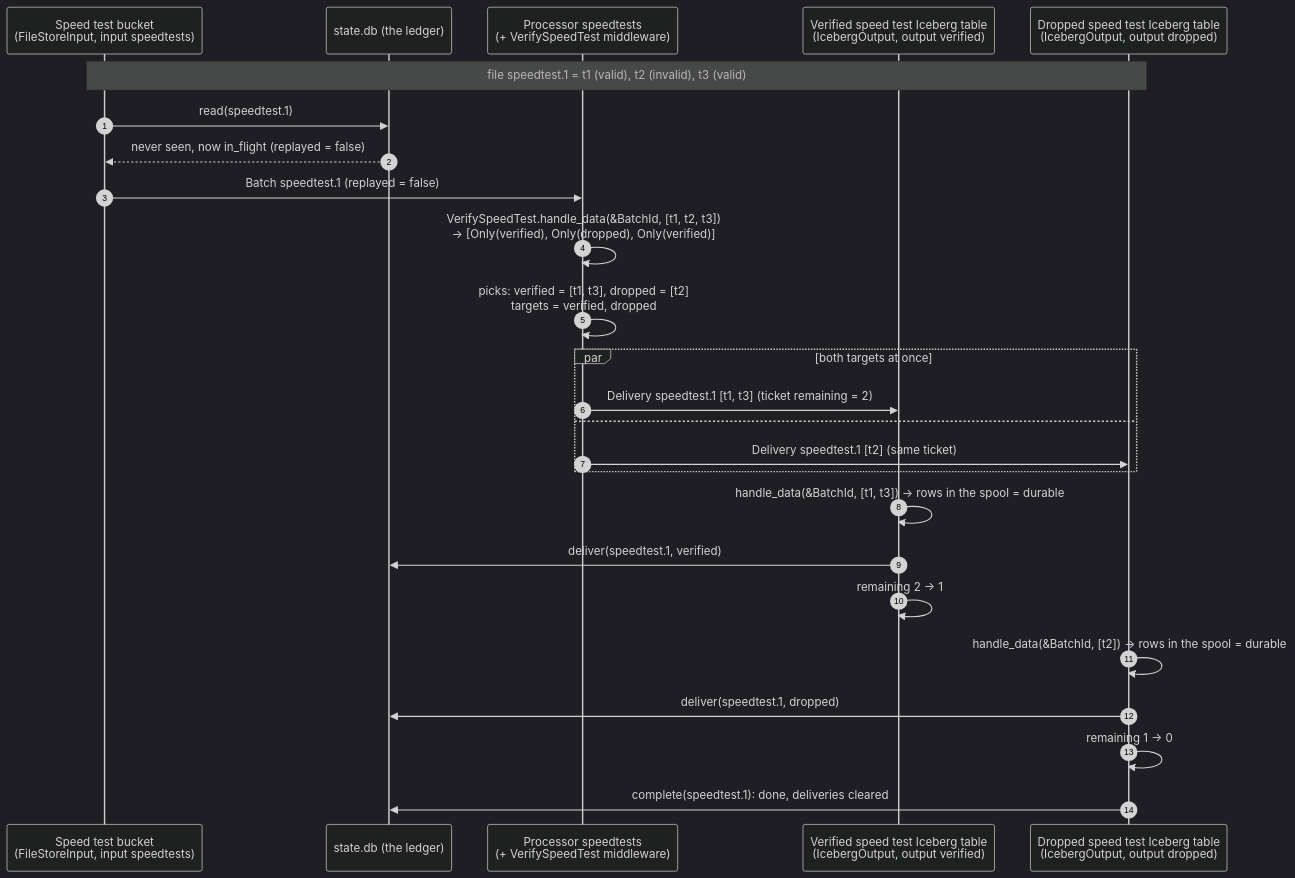
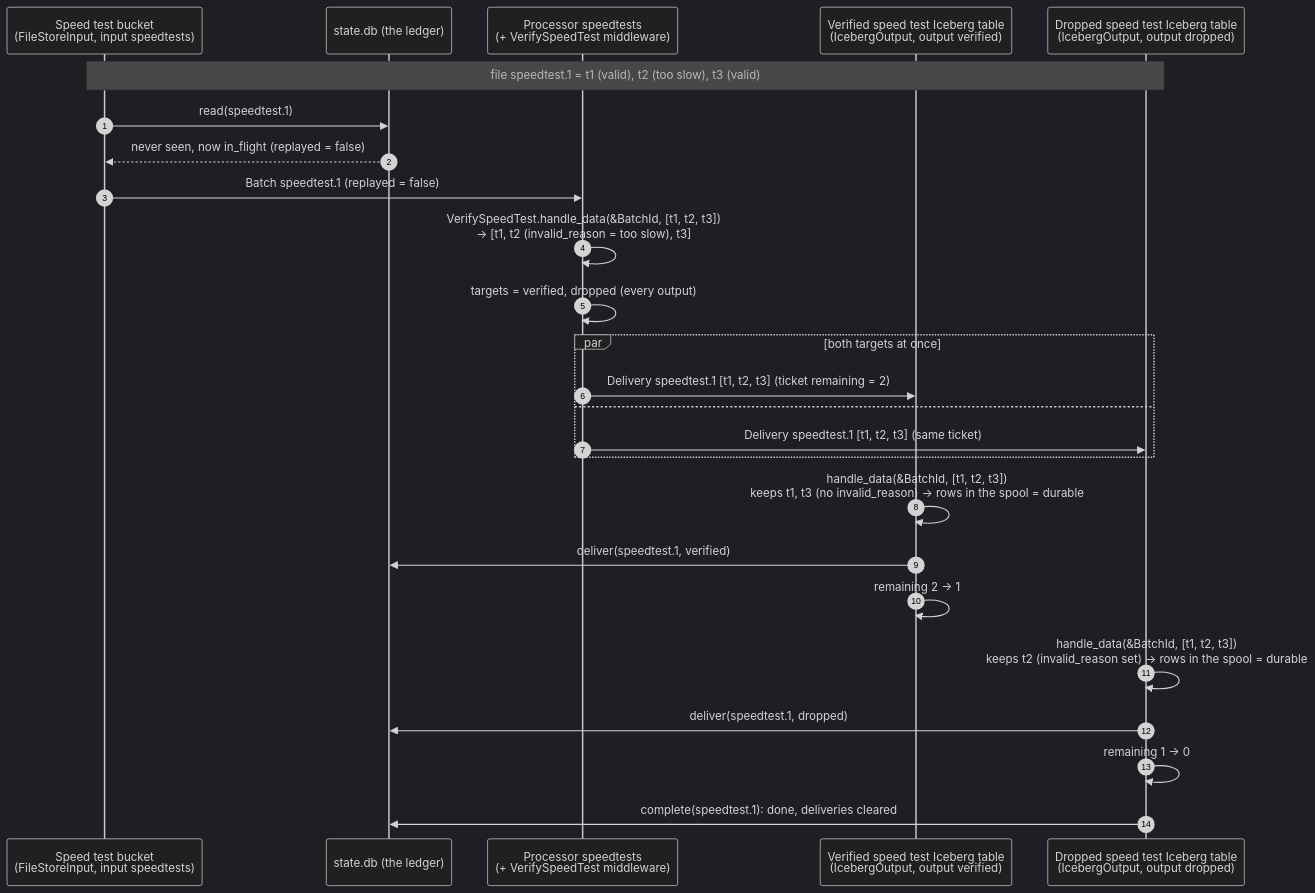
Before and after one commit to helium/glacon: the second of 4 diagrams in README.md, drawn with Mermaid (dark theme). The commit also changed other lines of this file and 31 other files, not shown here.

````diff
--- a/README.md
+++ b/README.md
@@ -212,28 +214,28 @@
 ```mermaid
 sequenceDiagram
     autonumber
     participant I as Speed test bucket<br/>(FileStoreInput, input speedtests)
     participant L as state.db (the ledger)
     participant P as Processor speedtests<br/>(+ VerifySpeedTest middleware)
     participant V as Verified speed test Iceberg table<br/>(IcebergOutput, output verified)
     participant D as Dropped speed test Iceberg table<br/>(IcebergOutput, output dropped)
 
-    Note over I,D: file speedtest.1 = t1 (valid), t2 (invalid), t3 (valid)
+    Note over I,D: file speedtest.1 = t1 (valid), t2 (too slow), t3 (valid)
     I->>L: read(speedtest.1)
     L-->>I: never seen, now in_flight (replayed = false)
     I->>P: Batch speedtest.1 (replayed = false)
-    P->>P: VerifySpeedTest.handle_data(&BatchId, [t1, t2, t3])<br/>→ [Only(verified), Only(dropped), Only(verified)]
-    P->>P: picks: verified = [t1, t3], dropped = [t2]<br/>targets = verified, dropped
+    P->>P: VerifySpeedTest.handle_data(&BatchId, [t1, t2, t3])<br/>→ [t1, t2 (invalid_reason = too slow), t3]
+    P->>P: targets = verified, dropped (every output)
     par both targets at once
-        P->>V: Delivery speedtest.1 [t1, t3] (ticket remaining = 2)
+        P->>V: Delivery speedtest.1 [t1, t2, t3] (ticket remaining = 2)
     and
-        P->>D: Delivery speedtest.1 [t2] (same ticket)
+        P->>D: Delivery speedtest.1 [t1, t2, t3] (same ticket)
     end
-    V->>V: handle_data(&BatchId, [t1, t3]) → rows in the spool = durable
+    V->>V: handle_data(&BatchId, [t1, t2, t3])<br/>keeps t1, t3 (no invalid_reason) → rows in the spool = durable
     V->>L: deliver(speedtest.1, verified)
     V->>V: remaining 2 → 1
-    D->>D: handle_data(&BatchId, [t2]) → rows in the spool = durable
+    D->>D: handle_data(&BatchId, [t1, t2, t3])<br/>keeps t2 (invalid_reason set) → rows in the spool = durable
     D->>L: deliver(speedtest.1, dropped)
     D->>D: remaining 1 → 0
     D->>L: complete(speedtest.1): done, deliveries cleared
 ```
````
